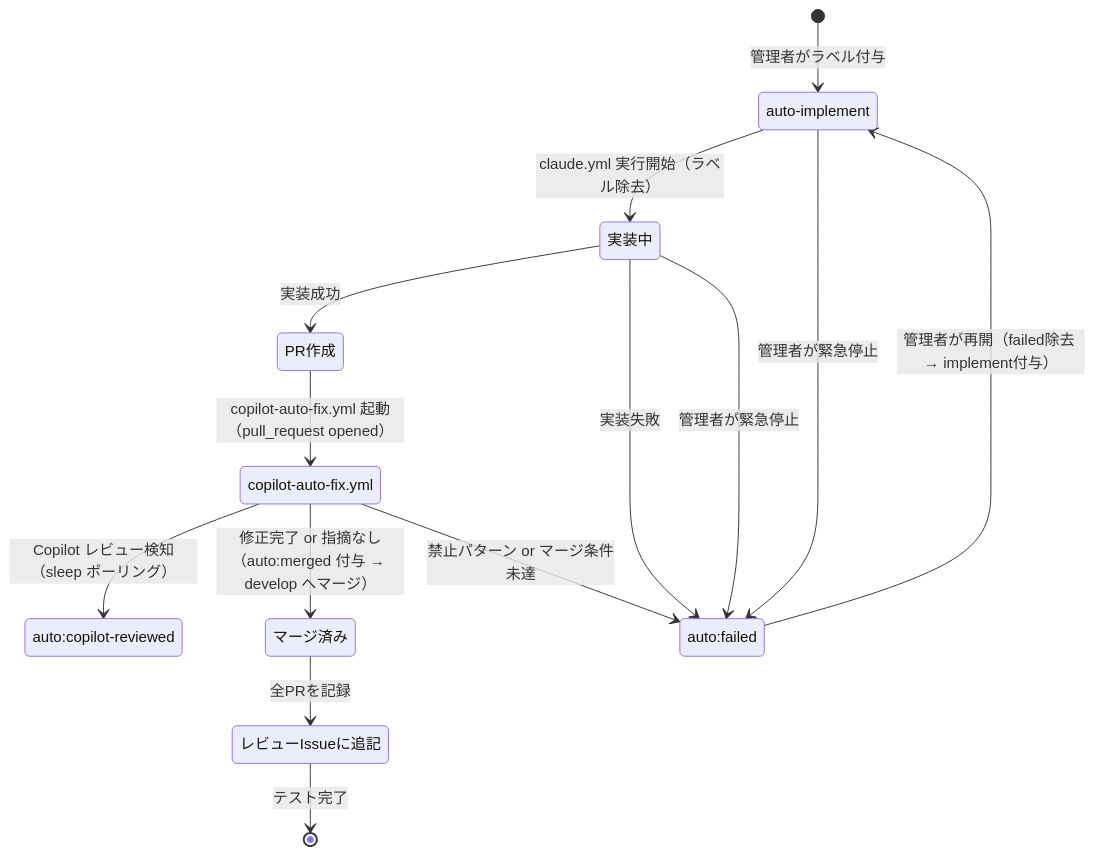
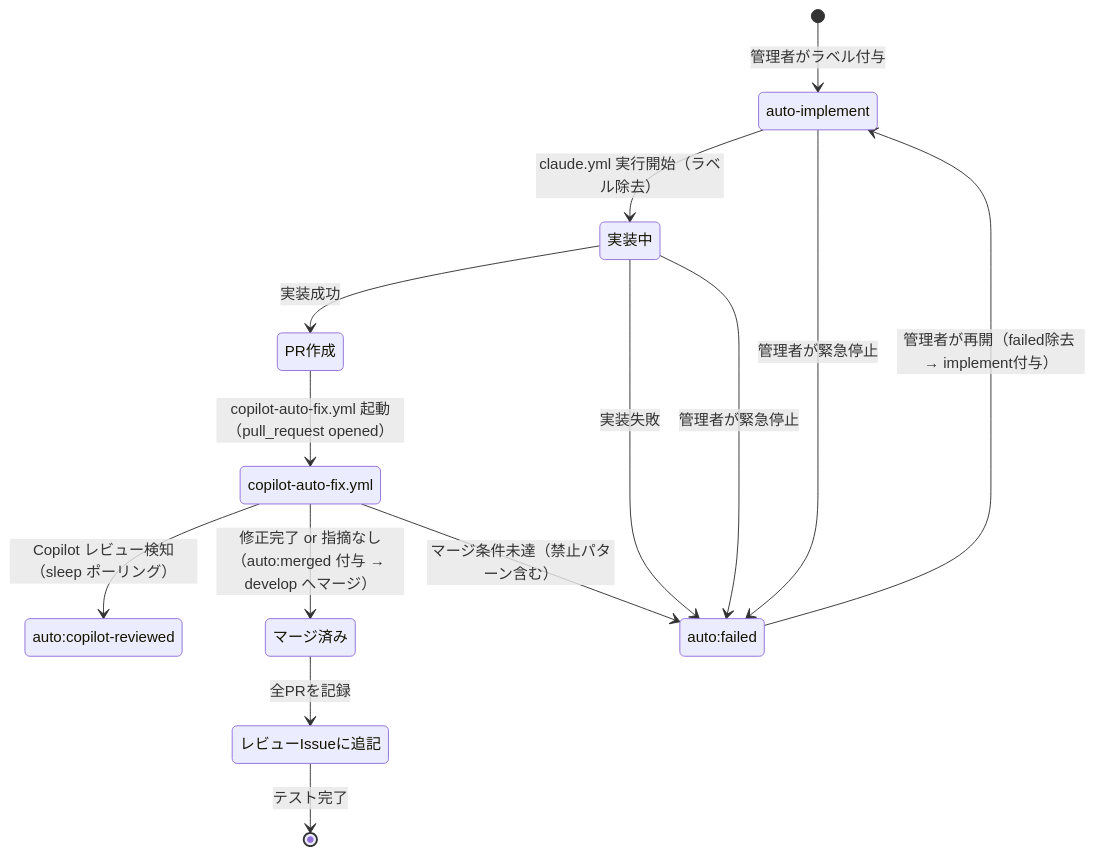
One commit to becky3/learning-companion changed the third of 4 diagrams in docs/specs/auto-progress.md. Above: the diagram before and after it, drawn with Mermaid. The commit also changed other lines of this file and 3 other files, not shown here.

````diff
--- a/docs/specs/auto-progress.md
+++ b/docs/specs/auto-progress.md
@@ -266,25 +266,25 @@
 ```mermaid
 stateDiagram-v2
     [*] --> auto_implement: 管理者がラベル付与
     auto_implement --> 実装中: claude.yml 実行開始（ラベル除去）
     実装中 --> PR作成: 実装成功
     実装中 --> auto_failed: 実装失敗
 
     PR作成 --> copilot_auto_fix: copilot-auto-fix.yml 起動（pull_request opened）
     copilot_auto_fix --> copilot_reviewed: Copilot レビュー検知（sleep ポーリング）
     copilot_auto_fix --> マージ済み: 修正完了 or 指摘なし（auto:merged 付与 → develop へマージ）
-    copilot_auto_fix --> auto_failed: 禁止パターン or マージ条件未達
+    copilot_auto_fix --> auto_failed: マージ条件未達（禁止パターン含む）
 
     マージ済み --> review_issue: 全PRを記録
     review_issue --> [*]: テスト完了
 
     auto_implement --> auto_failed: 管理者が緊急停止
     実装中 --> auto_failed: 管理者が緊急停止
     auto_failed --> auto_implement: 管理者が再開（failed除去 → implement付与）
 
     state "auto-implement" as auto_implement
     state "auto:failed" as auto_failed
     state "auto:copilot-reviewed" as copilot_reviewed
     state "copilot-auto-fix.yml" as copilot_auto_fix
     state "レビューIssueに追記" as review_issue
 ```
````
